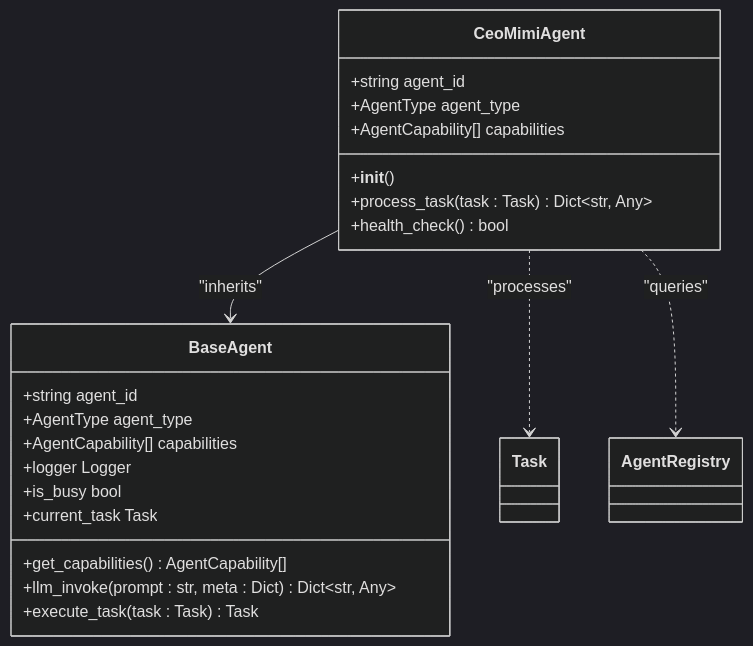
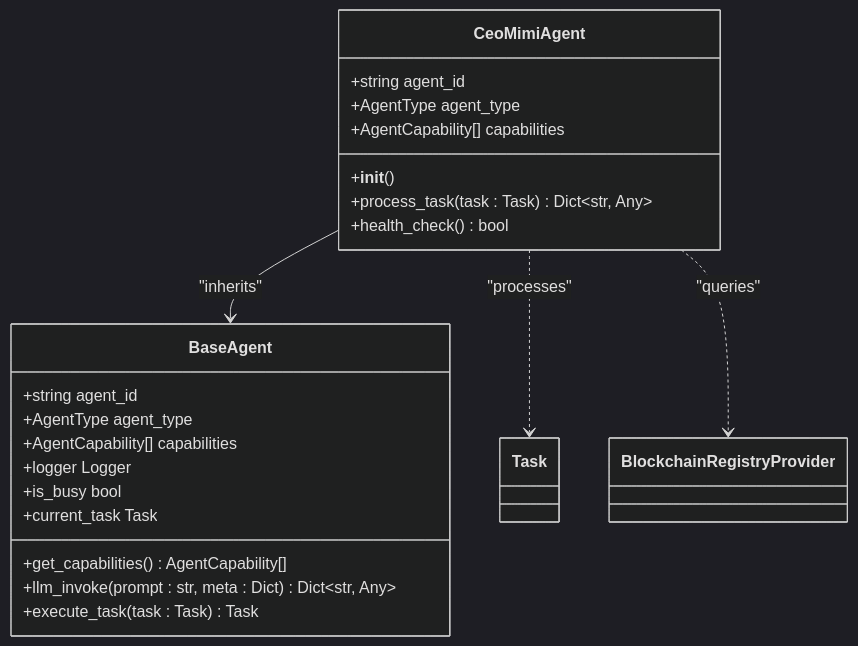
Before and after one commit to 371-Minds/os: the third of 6 diagrams in .qoder/repowiki/en/content/CEO Agent (Mimi).md, drawn with Mermaid (dark theme). The commit also changed other lines of this file and 30 other files, not shown here.

````diff
--- a/.qoder/repowiki/en/content/CEO Agent (Mimi).md
+++ b/.qoder/repowiki/en/content/CEO Agent (Mimi).md
@@ -94,25 +102,25 @@
 ```mermaid
 classDiagram
 class CeoMimiAgent {
 +string agent_id
 +AgentType agent_type
 +AgentCapability[] capabilities
 +__init__()
 +process_task(task : Task) Dict~str, Any~
 +health_check() bool
 }
 class BaseAgent {
 +string agent_id
 +AgentType agent_type
 +AgentCapability[] capabilities
 +logger Logger
 +is_busy bool
 +current_task Task
 +get_capabilities() AgentCapability[]
 +llm_invoke(prompt : str, meta : Dict) Dict~str, Any~
 +execute_task(task : Task) Task
 }
 CeoMimiAgent --> BaseAgent : "inherits"
 CeoMimiAgent ..> Task : "processes"
-CeoMimiAgent ..> AgentRegistry : "queries"
+CeoMimiAgent ..> BlockchainRegistryProvider : "queries"
 ```
````
